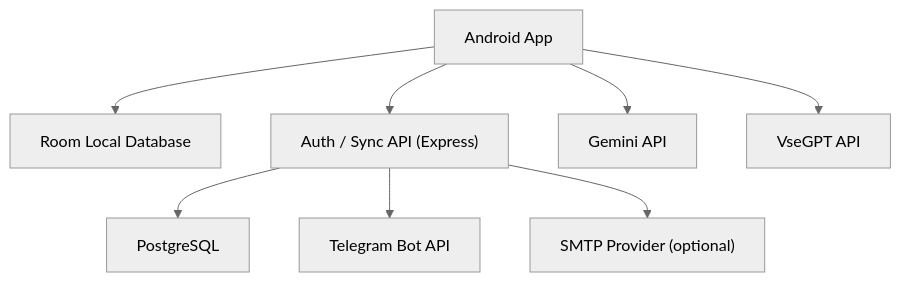
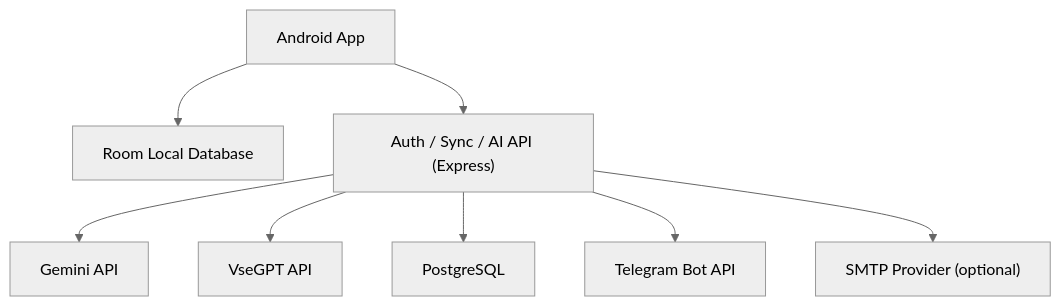
One commit to Moii-gh/FreeChat-AndroidApp changed the diagram in README.md. Above: the diagram before and after it, drawn with Mermaid (neutral theme). The commit also changed other lines of this file and 50 other files, not shown here.

Commit message:
Fix attachment analysis and auth flow tests

````diff
--- a/README.md
+++ b/README.md
@@ -73,10 +73,10 @@
 ```mermaid
 flowchart TD
     A["Android App"] --> B["Room Local Database"]
-    A --> C["Auth / Sync API (Express)"]
-    A --> D["Gemini API"]
-    A --> E["VseGPT API"]
+    A --> C["Auth / Sync / AI API (Express)"]
+    C --> D["Gemini API"]
+    C --> E["VseGPT API"]
     C --> F["PostgreSQL"]
     C --> G["Telegram Bot API"]
     C --> H["SMTP Provider (optional)"]
 ```
````
